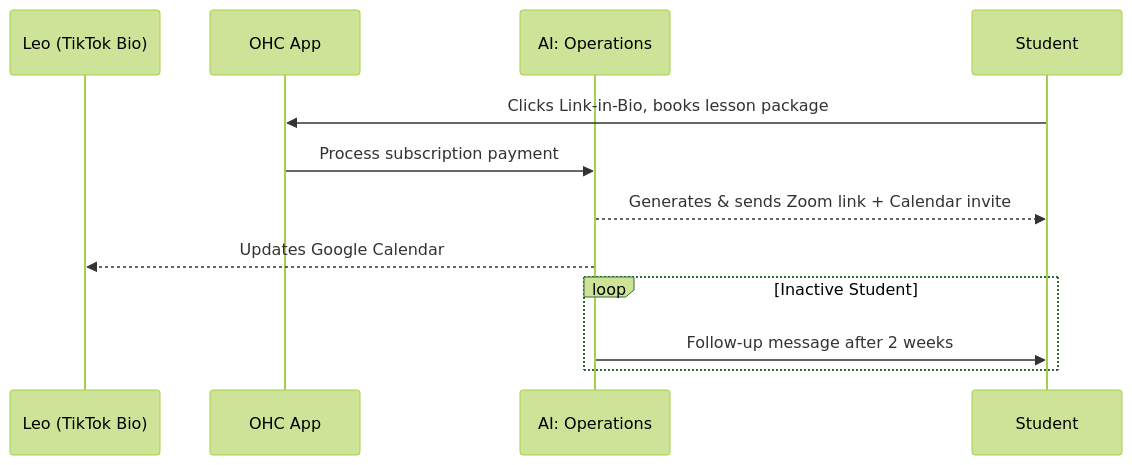
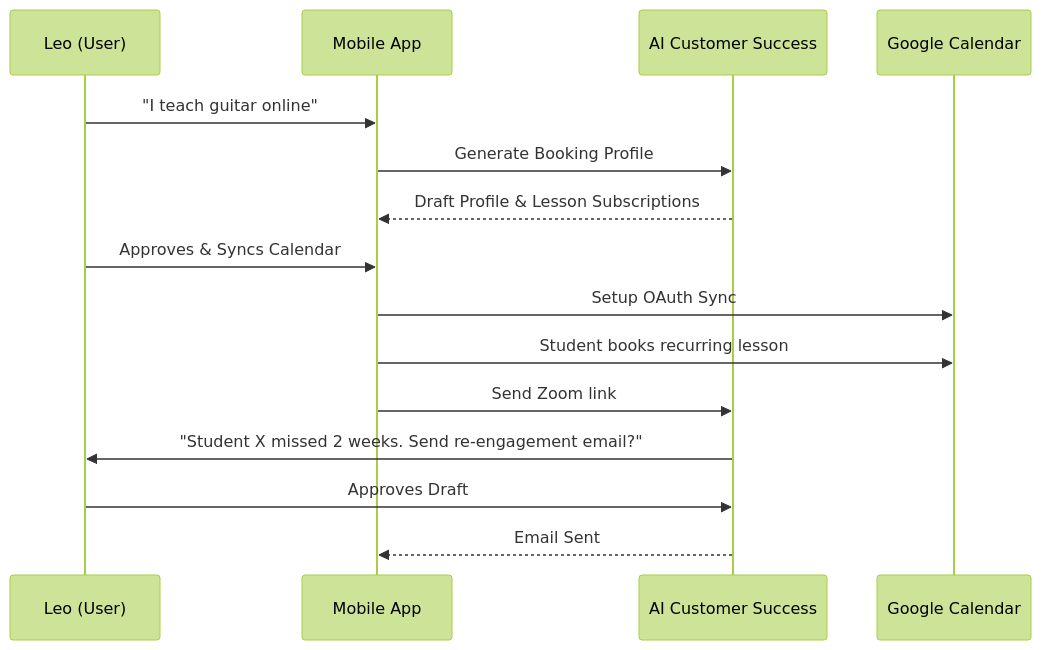
One commit to omnisolo-llc/onehumancorp changed the fourth of 5 diagrams in .agent-task/report/task_output.md. Above: the diagram before and after it, drawn with Mermaid (forest theme). The commit also changed other lines of this file, not shown here.

First line of the commit message:
Add Business Journey Architecture research report

````diff
--- a/.agent-task/report/task_output.md
+++ b/.agent-task/report/task_output.md
@@ -91,15 +171,23 @@
 ```mermaid
 sequenceDiagram
-    participant Leo as Leo (TikTok Bio)
-    participant OHC as OHC App
-    participant AI_Ops as AI: Operations
-    participant Student as Student
+    participant L as Leo (User)
+    participant App as Mobile App
+    participant AI_CS as AI Customer Success
+    participant Cal as Google Calendar
 
-    Student->>OHC: Clicks Link-in-Bio, books lesson package
-    OHC->>AI_Ops: Process subscription payment
-    AI_Ops-->>Student: Generates & sends Zoom link + Calendar invite
-    AI_Ops-->>Leo: Updates Google Calendar
-    loop Inactive Student
-        AI_Ops->>Student: Follow-up message after 2 weeks
-    end
+    %% Onboarding
+    L->>App: "I teach guitar online"
+    App->>AI_CS: Generate Booking Profile
+    AI_CS-->>App: Draft Profile & Lesson Subscriptions
+    L->>App: Approves & Syncs Calendar
+    App->>Cal: Setup OAuth Sync
+
+    %% Activation
+    App->>Cal: Student books recurring lesson
+    App->>AI_CS: Send Zoom link
+
+    %% Retention
+    AI_CS->>L: "Student X missed 2 weeks. Send re-engagement email?"
+    L->>AI_CS: Approves Draft
+    AI_CS-->>App: Email Sent
 ```
````
